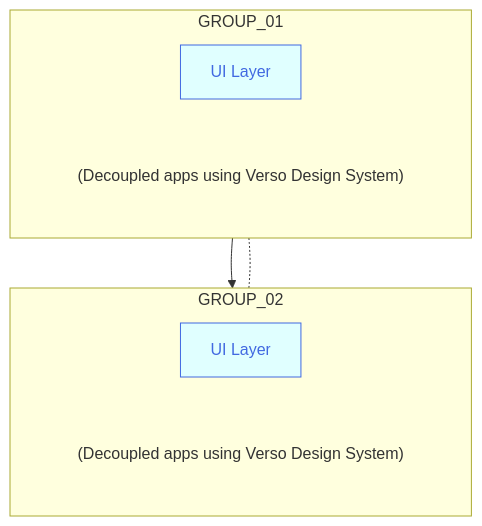
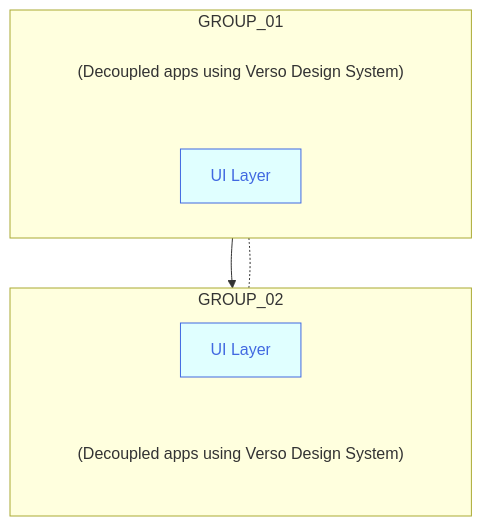
One commit to joe-dorward/samples changed the diagram in buttons_mermaid_v5.md. Above: the diagram before and after it, drawn with Mermaid. The commit also changed other lines of this file, not shown here.

````diff
--- a/buttons_mermaid_v5.md
+++ b/buttons_mermaid_v5.md
@@ -3,37 +3,37 @@
 ```mermaid
   %%{
     init: {
       "flowchart": { "markdownAutoWrap":"false", "textWrap":"false", "wrappingWidth": "100%" }
     }
   }%%
   flowchart TD
 
   classDef Button fill:lightcyan, stroke:royalblue, color:royalblue;
   classDef Note fill:transparent, stroke-width:0px
   %% ---------- ---------- ---------- ---------- ---------- ---------- ---------- ---------- ---------- ----------
   subgraph GROUP_01
     direction LR
 
+    BUTTON_01_NOTE["(Decoupled apps using Verso Design System)"]:::Note
     BUTTON_01["UI Layer"]:::Button
     click BUTTON_01 "https://en.wikipedia.org/wiki/Main_Page" _blank
-    BUTTON_01_NOTE["(Decoupled apps using Verso Design System)"]:::Note
 
     %%BUTTON_01~~~
     %%BUTTON_01_NOTE
   end
 
   subgraph GROUP_02
     direction LR
 
     BUTTON_02["UI Layer"]:::Button
     click BUTTON_02 "https://en.wikipedia.org/wiki/Main_Page" _blank
     BUTTON_02_NOTE["(Decoupled apps using Verso Design System)"]:::Note
 
     %%BUTTON_02~~~
     %%BUTTON_02_NOTE
   end
 
 GROUP_01-.-GROUP_02
 
 BUTTON_01-->BUTTON_02
 ```
````
